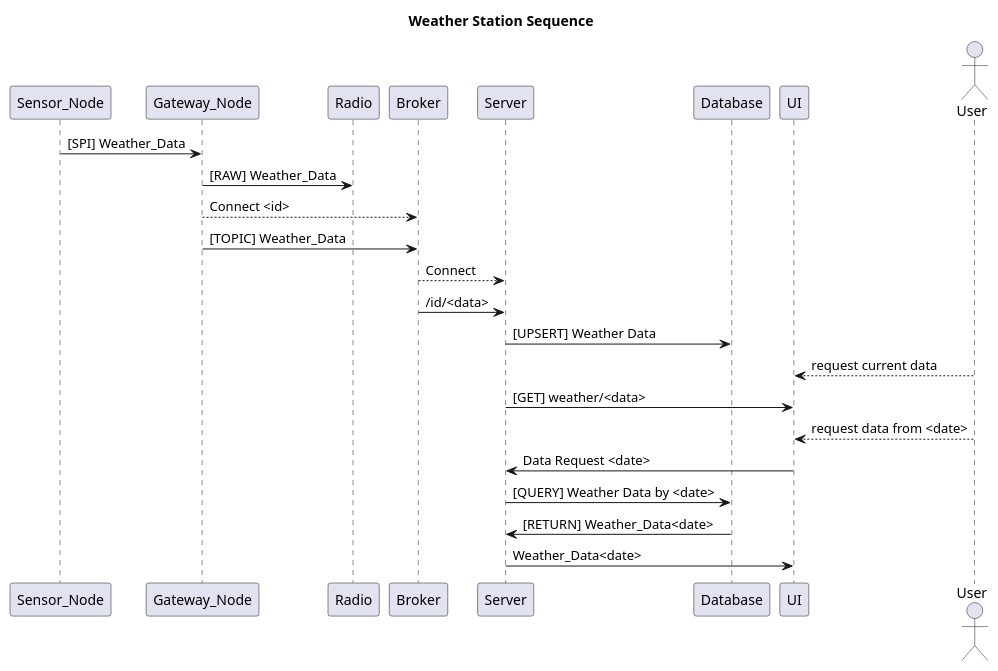
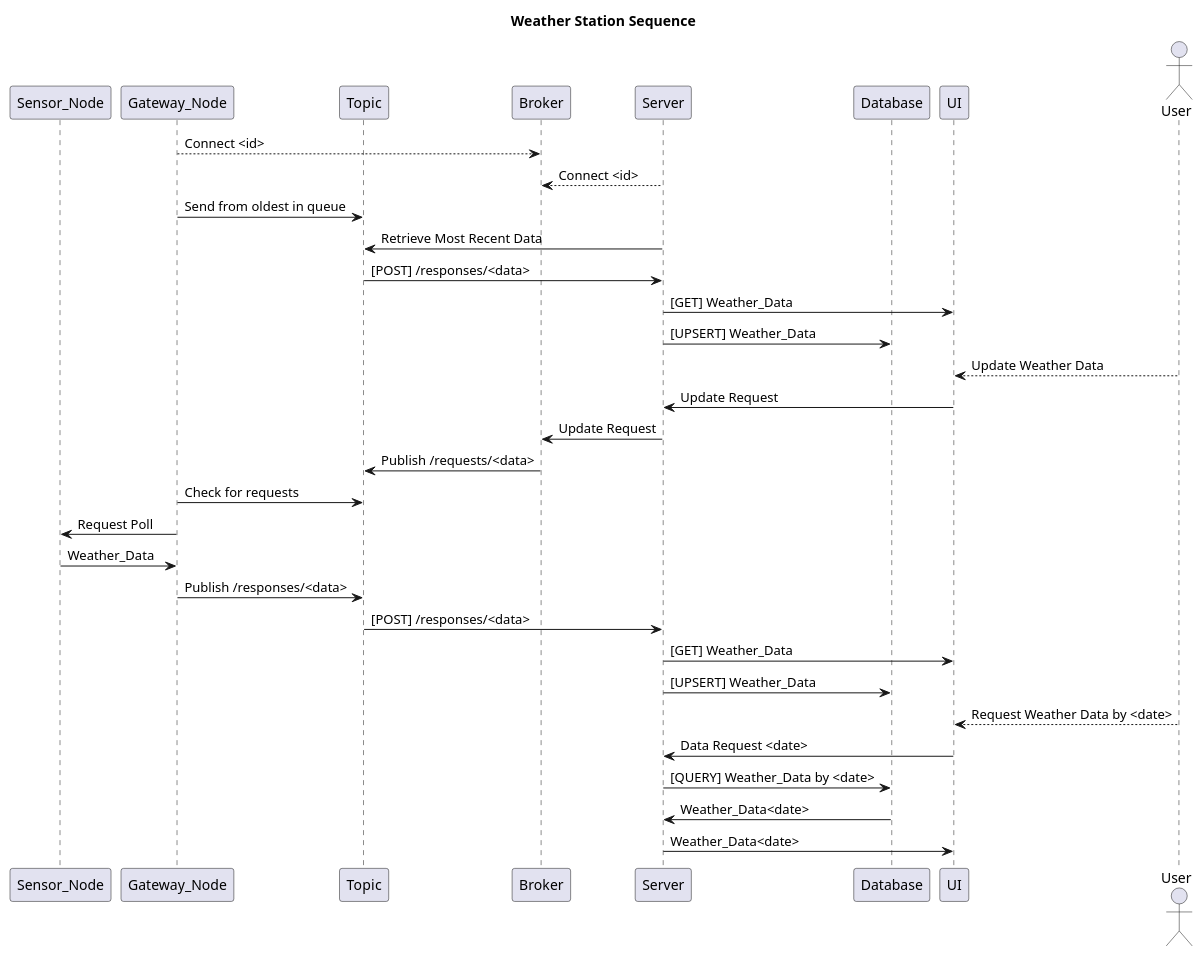
The diagram in Weather_Station_Sequence.puml (Kylertk21/Weather_Station), drawn with PlantUML before and after one commit. The commit also changed 2 other files, not shown here.

Commit message:
Working on UML models

```diff
--- a/Weather_Station_Sequence.puml
+++ b/Weather_Station_Sequence.puml
@@ -1,36 +1,47 @@
 @startuml
 'https://plantuml.com/sequence-diagram
 
 participant Sensor_Node
 participant Gateway_Node
-participant Radio
+participant Topic
 participant Broker
 participant Server
 participant Database
 participant UI
 actor User
 
 title Weather Station Sequence
 scale 1
 
-Sensor_Node -> Gateway_Node : [SPI] Weather_Data
-Gateway_Node -> Radio : [RAW] Weather_Data
 Gateway_Node --> Broker : Connect <id>
-Gateway_Node -> Broker : [TOPIC] Weather_Data
-Broker --> Server : Connect
-Broker -> Server : /id/<data>
-Server -> Database : [UPSERT] Weather Data
+Server --> Broker : Connect <id>
+Gateway_Node -> Topic : Send from oldest in queue
+Server -> Topic : Retrieve Most Recent Data
+Topic -> Server : [POST] /responses/<data>
 
+Server -> UI : [GET] Weather_Data
+Server -> Database : [UPSERT] Weather_Data
 
-User --> UI : request current data
-Server -> UI : [GET] weather/<data>
-User --> UI : request data from <date>
+User --> UI : Update Weather Data
+UI -> Server : Update Request
+Server -> Broker : Update Request
+
+Broker -> Topic : Publish /requests/<data>
+Gateway_Node -> Topic : Check for requests
+Gateway_Node -> Sensor_Node : Request Poll
+Sensor_Node -> Gateway_Node : Weather_Data
+Gateway_Node -> Topic : Publish /responses/<data>
+Topic -> Server : [POST] /responses/<data>
+
+Server -> UI : [GET] Weather_Data
+Server -> Database : [UPSERT] Weather_Data
+User --> UI : Request Weather Data by <date>
 
 UI -> Server : Data Request <date>
-Server -> Database : [QUERY] Weather Data by <date>
-Database -> Server : [RETURN] Weather_Data<date>
+Server -> Database : [QUERY] Weather_Data by <date>
+Database -> Server : Weather_Data<date>
 Server -> UI : Weather_Data<date>
 
 
 
 @enduml
```
